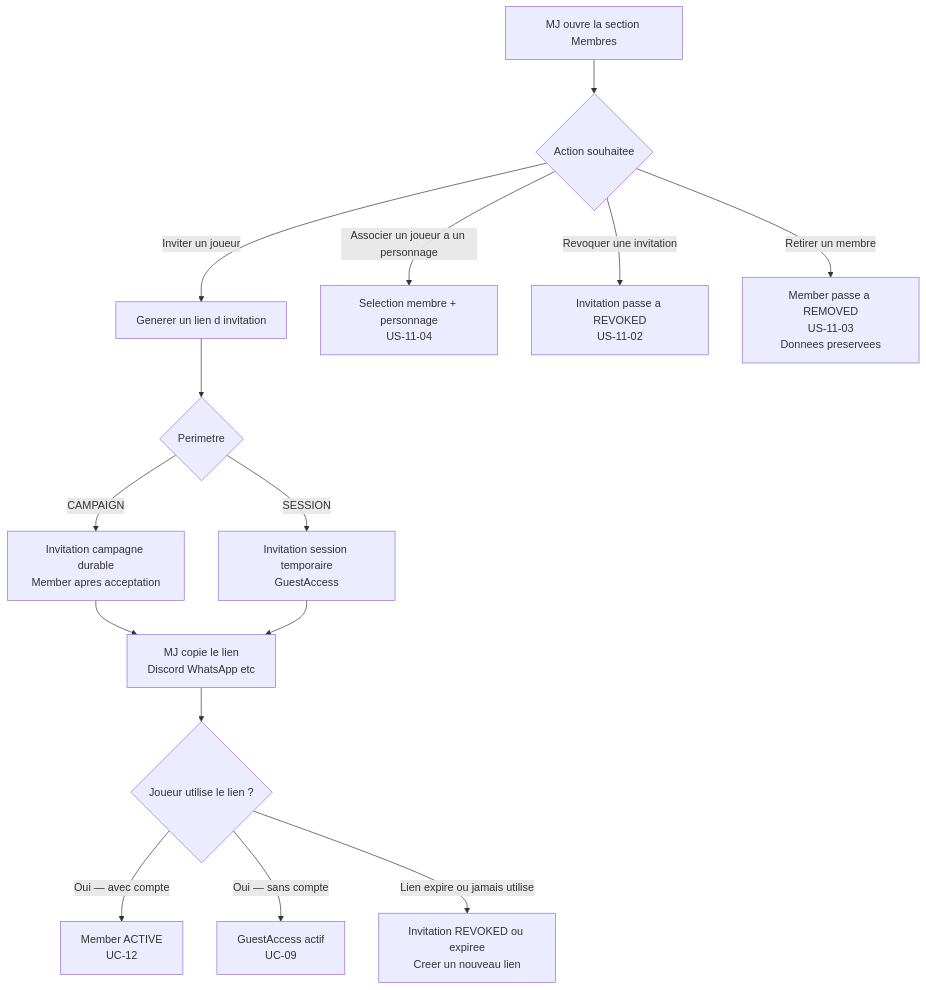
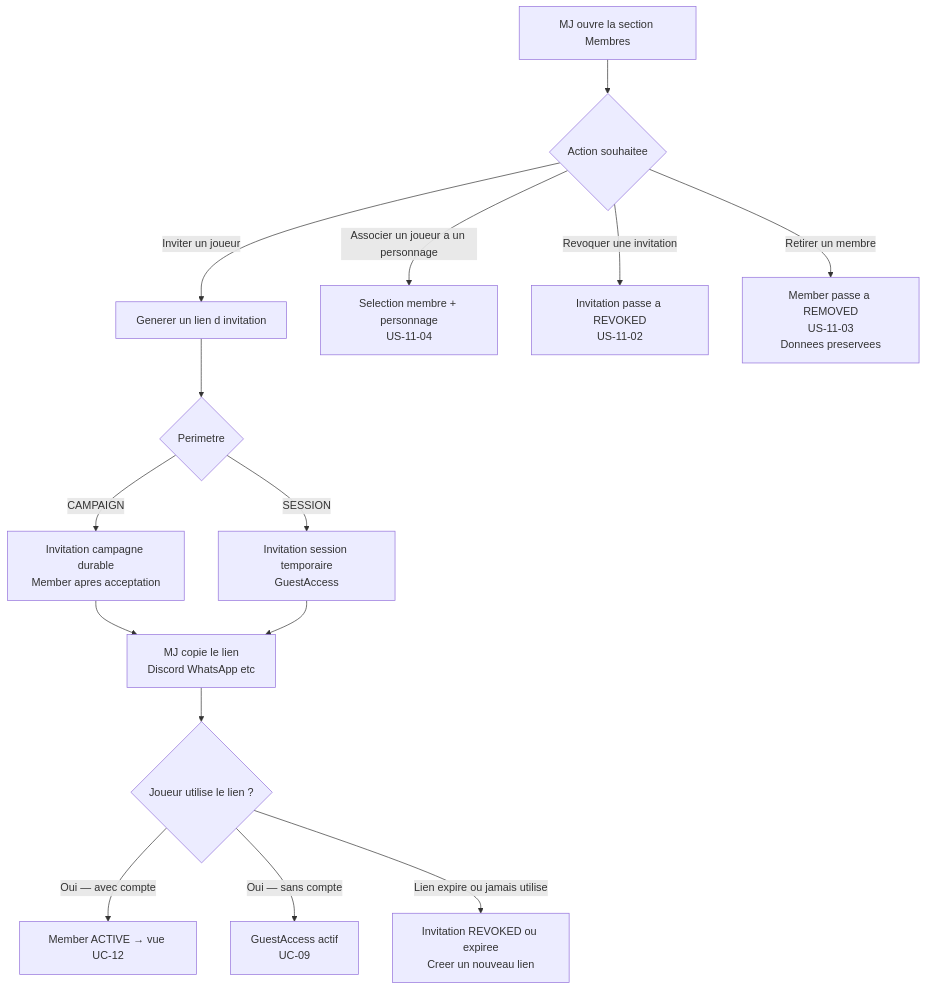
One commit to 2025-10-CDA-ECO-P6/PM-micro-saas changed the first of 2 diagrams in docs/conception/user-stories/US-UC-11-gerer-membres-campagne.md. Above: the diagram before and after it, drawn with Mermaid. The commit also changed other lines of this file and 52 other files, not shown here.

````diff
--- a/docs/conception/user-stories/US-UC-11-gerer-membres-campagne.md
+++ b/docs/conception/user-stories/US-UC-11-gerer-membres-campagne.md
@@ -48,21 +48,21 @@
 ```mermaid
 flowchart TD
     MJ[MJ ouvre la section Membres] --> A{Action souhaitee}
 
     A -->|Inviter un joueur| B[Generer un lien d invitation]
     B --> C{Perimetre}
     C -->|CAMPAIGN| D[Invitation campagne durable\nMember apres acceptation]
     C -->|SESSION| E[Invitation session temporaire\nGuestAccess]
 
     D --> F[MJ copie le lien\nDiscord WhatsApp etc]
     E --> F
 
     F --> G{Joueur utilise le lien ?}
-    G -->|Oui — avec compte| H[Member ACTIVE\nUC-12]
+    G -->|Oui — avec compte| H[Member ACTIVE → vue UC-12]
     G -->|Oui — sans compte| I[GuestAccess actif\nUC-09]
     G -->|Lien expire ou jamais utilise| J[Invitation REVOKED ou expiree\nCreer un nouveau lien]
 
     A -->|Associer un joueur a un personnage| K[Selection membre + personnage\nUS-11-04]
     A -->|Revoquer une invitation| L[Invitation passe a REVOKED\nUS-11-02]
     A -->|Retirer un membre| M[Member passe a REMOVED\nUS-11-03\nDonnees preservees]
 ```
````
